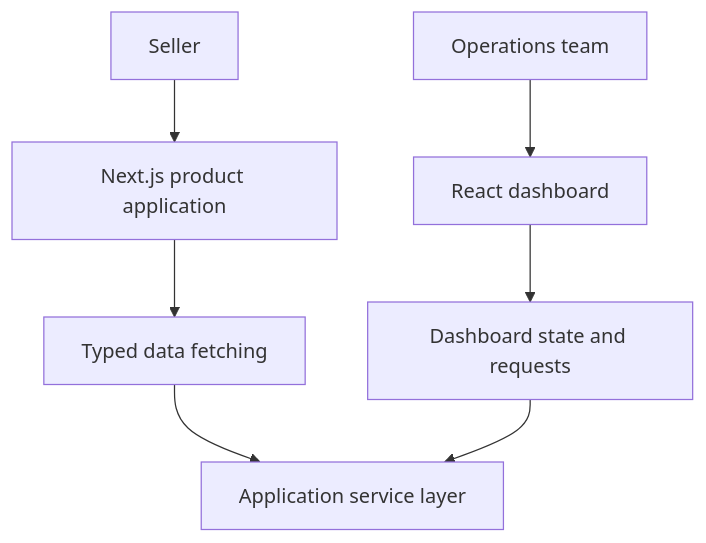
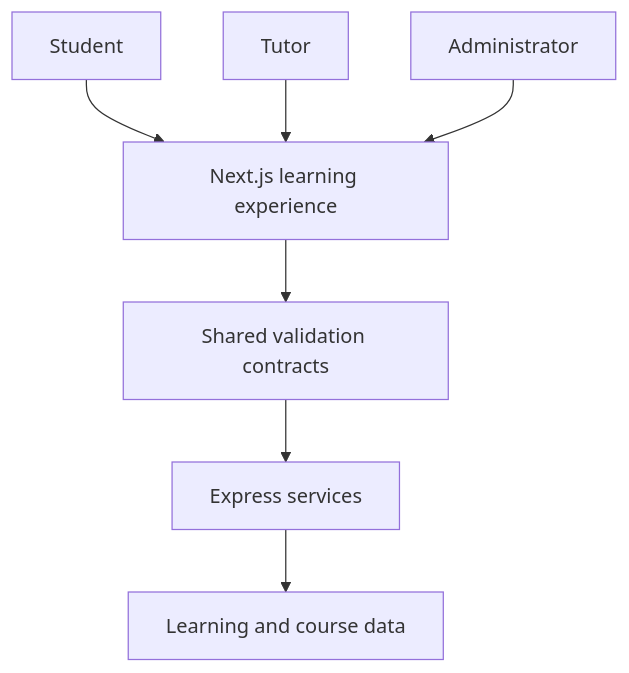
Before and after one commit to Abi0l9/Abi0l9: the first of 3 diagrams in portfolio/architecture/README.md, drawn with Mermaid. The commit also changed other lines of this file, not shown here.

Commit message:
docs(architecture): prioritize three flagship engineering system diagrams

````diff
--- a/portfolio/architecture/README.md
+++ b/portfolio/architecture/README.md
@@ -9,9 +9,9 @@
 ```mermaid
 flowchart TB
-  S["Seller"] --> W["Next.js product application"]
-  A["Operations team"] --> D["React dashboard"]
-  W --> Q["Typed data fetching"]
-  D --> R["Dashboard state and requests"]
-  Q --> B["Application service layer"]
-  R --> B
+  Student["Student"] --> Web["Next.js learning experience"]
+  Tutor["Tutor"] --> Web
+  Admin["Administrator"] --> Web
+  Web --> Contract["Shared validation contracts"]
+  Contract --> Services["Express services"]
+  Services --> Data["Learning and course data"]
 ```
````
